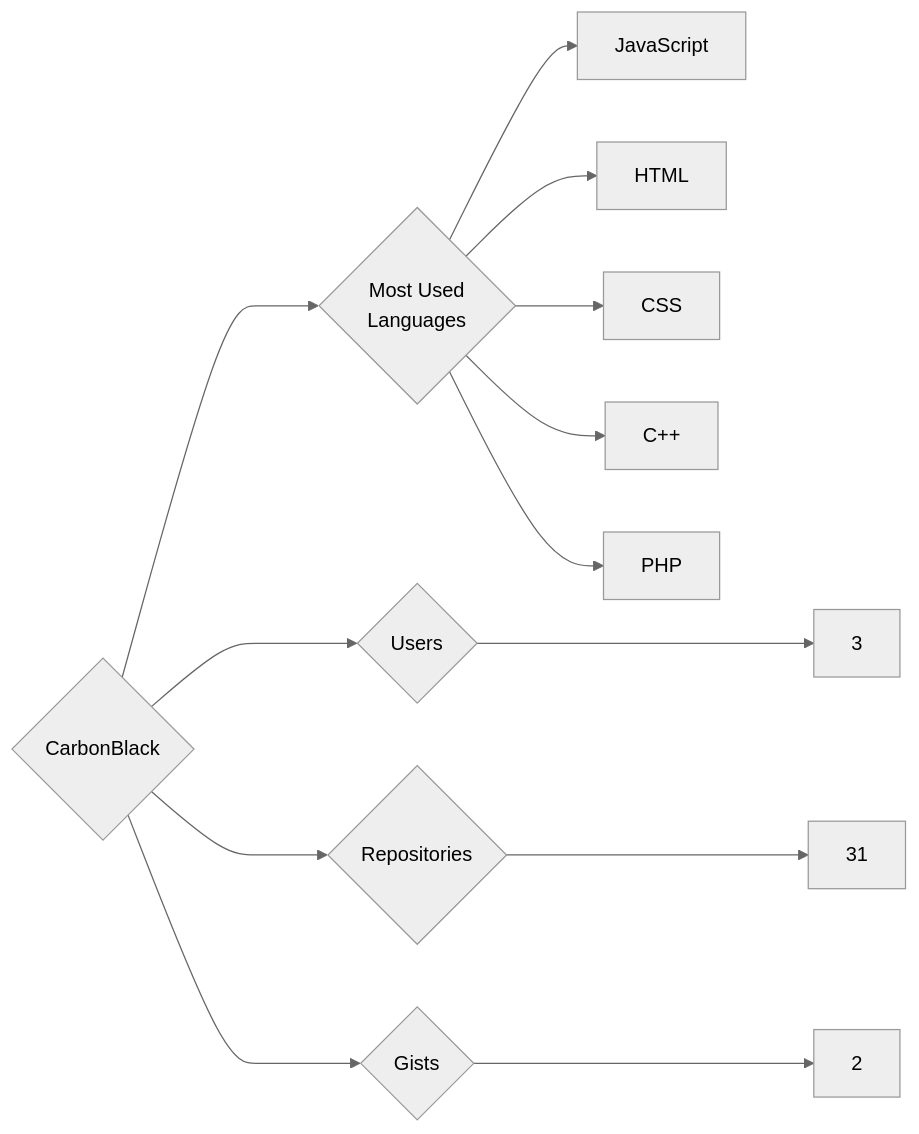
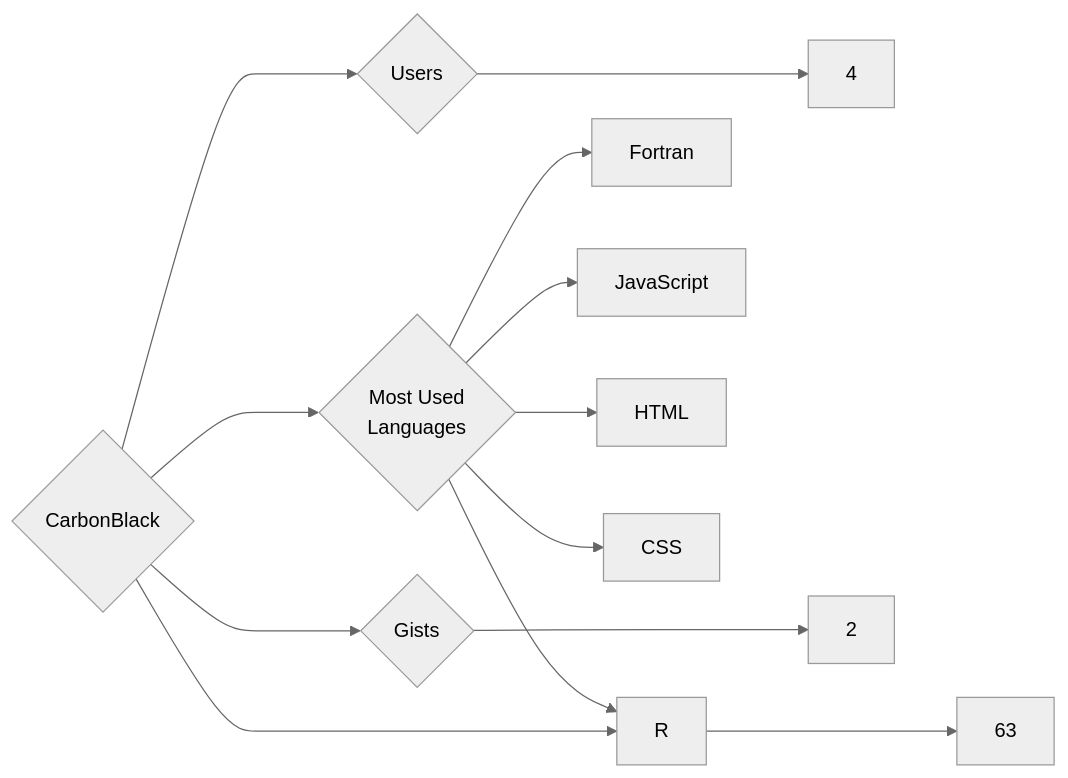
Before and after one commit to trickest/insiders: the diagram in targets/CarbonBlack/README.md, drawn with Mermaid (neutral theme). The commit also changed 782 other files, not shown here.

````diff
--- a/targets/CarbonBlack/README.md
+++ b/targets/CarbonBlack/README.md
@@ -3,13 +3,13 @@
 ```mermaid
 graph LR
 COMPANY_NAME{CarbonBlack}
-COMPANY_NAME ---> U{Users} ---> UN[3]
-COMPANY_NAME ---> R{Repositories} ---> RN[31]
+COMPANY_NAME ---> U{Users} ---> UN[4]
+COMPANY_NAME ---> R{Repositories} ---> RN[63]
 COMPANY_NAME ---> G{Gists} ---> GN[2]
 COMPANY_NAME ---> ML{Most Used<br>Languages}
+ML --> Fortran[Fortran]
 ML --> JavaScript[JavaScript]
 ML --> HTML[HTML]
+ML --> R[R]
 ML --> CSS[CSS]
-ML --> C++[C++]
-ML --> PHP[PHP]
 ```
````
